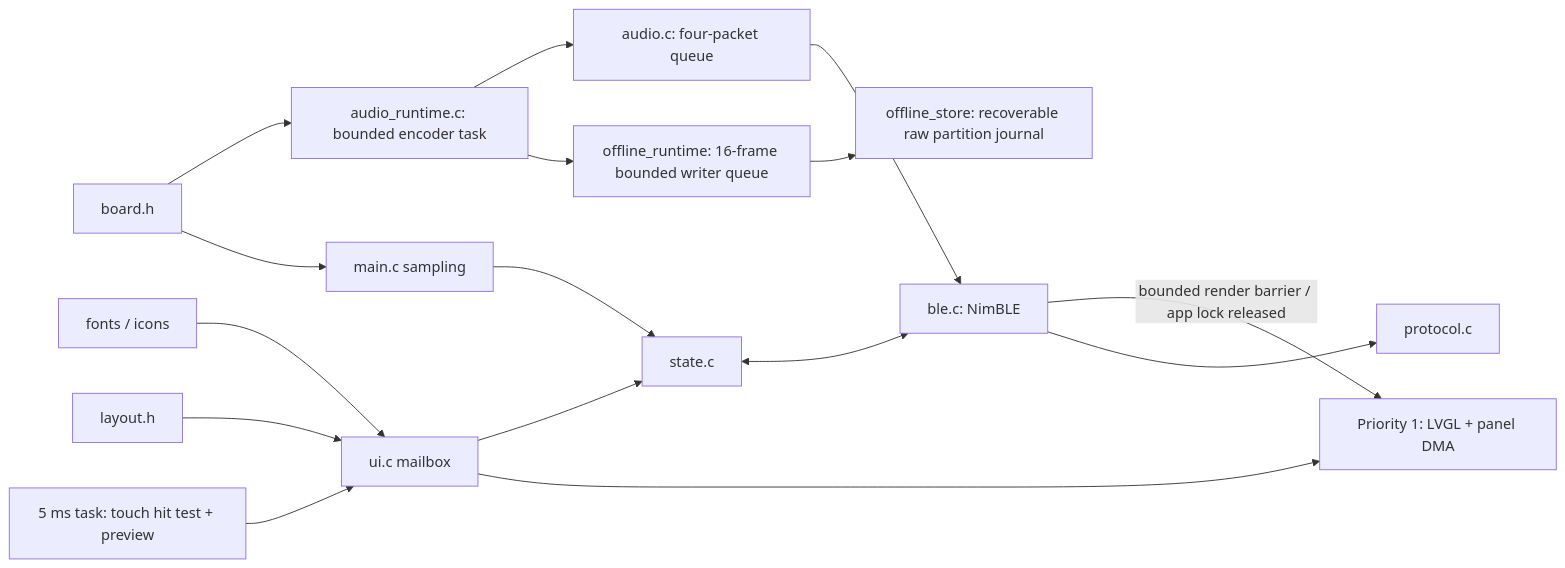
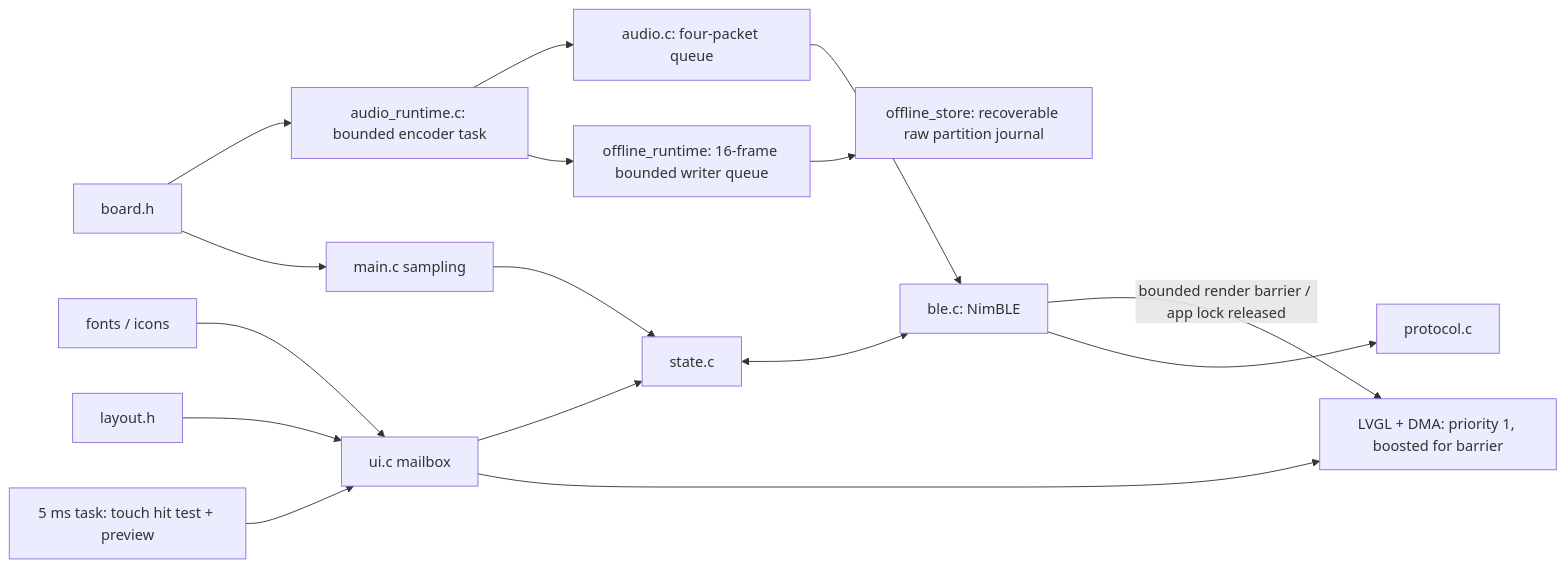
The diagram in FW/app/README.md (Harwasch/voiceremote), drawn with Mermaid before and after one commit. The commit also changed other lines of this file and 28 other files, not shown here.

````diff
--- a/FW/app/README.md
+++ b/FW/app/README.md
@@ -3,16 +3,16 @@
 ```mermaid
 flowchart LR
     Board[board.h] --> Main[main.c sampling]
     Touch[5 ms task: touch hit test + preview] --> UI[ui.c mailbox]
-    UI --> Render[Priority 1: LVGL + panel DMA]
+    UI --> Render[LVGL + DMA: priority 1, boosted for barrier]
     Main & UI --> State[state.c]
     State <--> BLE[ble.c: NimBLE]
     Board --> Worker[audio_runtime.c: bounded encoder task]
     Worker --> Flash[offline_runtime: 16-frame bounded writer queue]
     Flash --> Store[offline_store: recoverable raw partition journal]
     Worker --> Transport[audio.c: four-packet queue]
     Transport --> BLE
     BLE --> Wire[protocol.c]
     BLE -->|bounded render barrier / app lock released| Render
     Geometry[layout.h] & Assets[fonts / icons] --> UI
 ```
````
